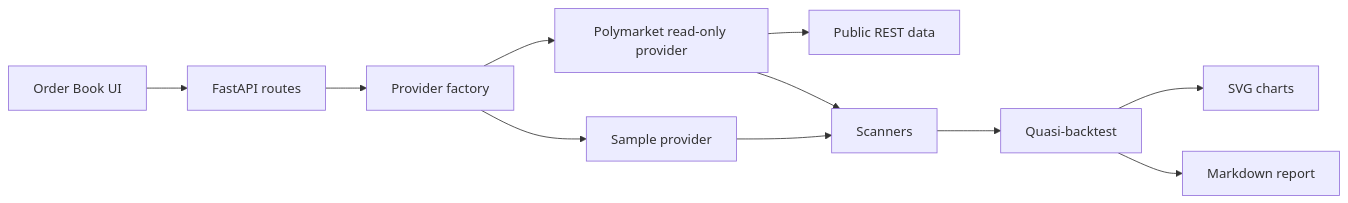
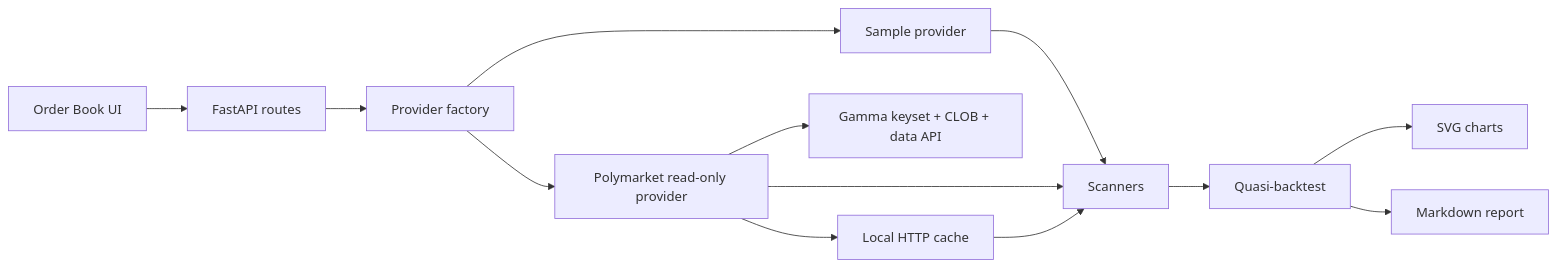
One commit to YIBOWAY/ai-quant-platform changed the diagram in docs/architecture/phase_11_architecture.md. Above: the diagram before and after it, drawn with Mermaid. The commit also changed other lines of this file and 38 other files, not shown here.

````diff
--- a/docs/architecture/phase_11_architecture.md
+++ b/docs/architecture/phase_11_architecture.md
@@ -22,13 +23,15 @@
 ```mermaid
 flowchart LR
   UI[Order Book UI] --> API[FastAPI routes]
   API --> Factory[Provider factory]
   Factory --> Sample[Sample provider]
   Factory --> PM[Polymarket read-only provider]
-  PM --> PublicREST[Public REST data]
+  PM --> PublicREST[Gamma keyset + CLOB + data API]
+  PM --> Cache[Local HTTP cache]
   Sample --> Scanner[Scanners]
   PM --> Scanner
+  Cache --> Scanner
   Scanner --> Backtest[Quasi-backtest]
   Backtest --> Charts[SVG charts]
   Backtest --> Report[Markdown report]
 ```
````
